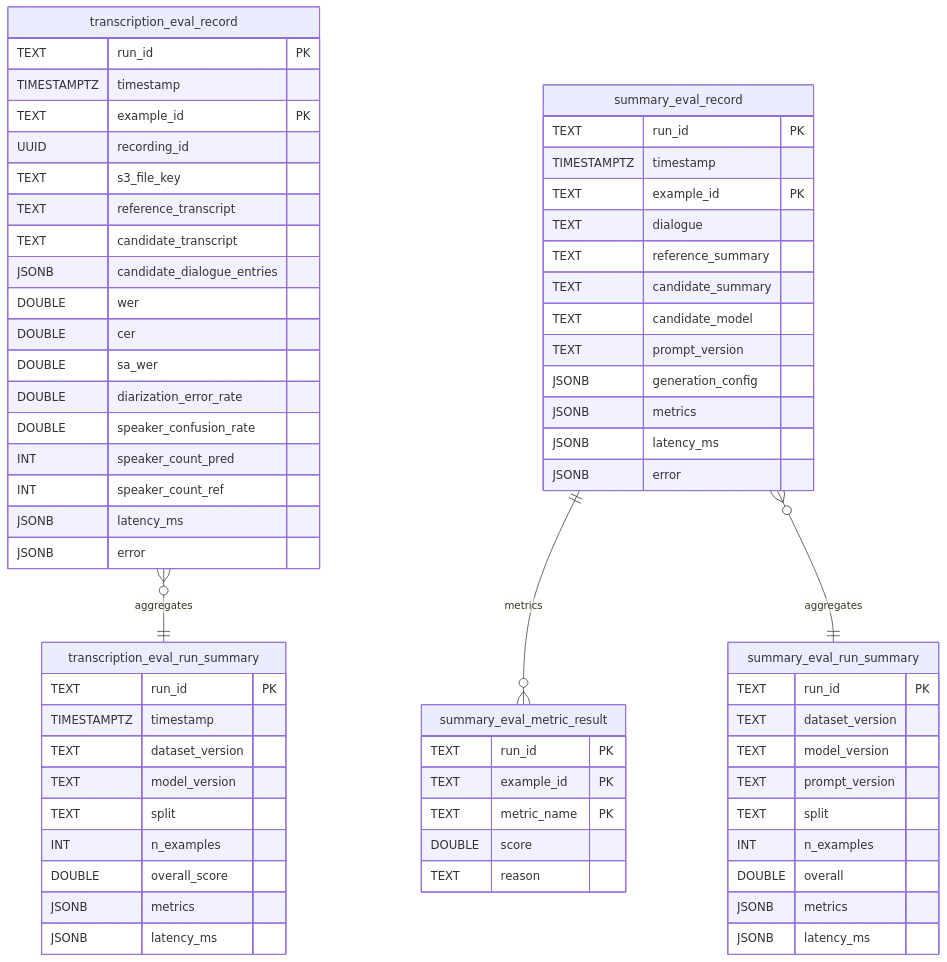
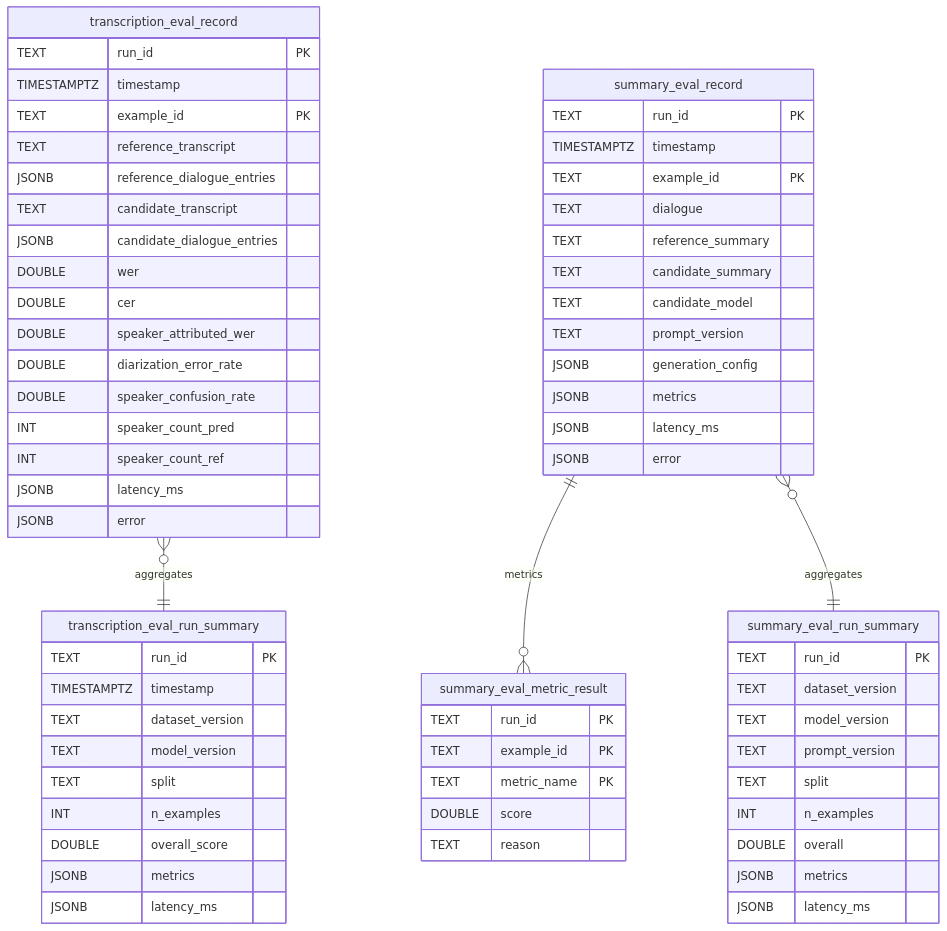
One commit to communitiesuk/i-ai-minute changed the second of 2 diagrams in documentation/data-contracts.md. Above: the diagram before and after it, drawn with Mermaid. The commit also changed other lines of this file, not shown here.

````diff
--- a/documentation/data-contracts.md
+++ b/documentation/data-contracts.md
@@ -110,75 +112,74 @@
 ```mermaid
 erDiagram
 
   transcription_eval_record {
     TEXT run_id PK
     TIMESTAMPTZ timestamp
     TEXT example_id PK
-    UUID recording_id
-    TEXT s3_file_key
     TEXT reference_transcript
+    JSONB reference_dialogue_entries
     TEXT candidate_transcript
     JSONB candidate_dialogue_entries
     DOUBLE wer
     DOUBLE cer
-    DOUBLE sa_wer
+    DOUBLE speaker_attributed_wer
     DOUBLE diarization_error_rate
     DOUBLE speaker_confusion_rate
     INT speaker_count_pred
     INT speaker_count_ref
     JSONB latency_ms
     JSONB error
   }
 
   transcription_eval_run_summary {
     TEXT run_id PK
     TIMESTAMPTZ timestamp
     TEXT dataset_version
     TEXT model_version
     TEXT split
     INT n_examples
     DOUBLE overall_score
     JSONB metrics
     JSONB latency_ms
   }
 
   summary_eval_record {
     TEXT run_id PK
     TIMESTAMPTZ timestamp
     TEXT example_id PK
     TEXT dialogue
     TEXT reference_summary
     TEXT candidate_summary
     TEXT candidate_model
     TEXT prompt_version
     JSONB generation_config
     JSONB metrics
     JSONB latency_ms
     JSONB error
   }
 
   summary_eval_metric_result {
     TEXT run_id PK
     TEXT example_id PK
     TEXT metric_name PK
     DOUBLE score
     TEXT reason
   }
 
   summary_eval_run_summary {
     TEXT run_id PK
     TEXT dataset_version
     TEXT model_version
     TEXT prompt_version
     TEXT split
     INT n_examples
     DOUBLE overall
     JSONB metrics
     JSONB latency_ms
   }
 
   transcription_eval_record }o--|| transcription_eval_run_summary : aggregates
 
   summary_eval_record ||--o{ summary_eval_metric_result : metrics
   summary_eval_record }o--|| summary_eval_run_summary : aggregates
 ```
````
